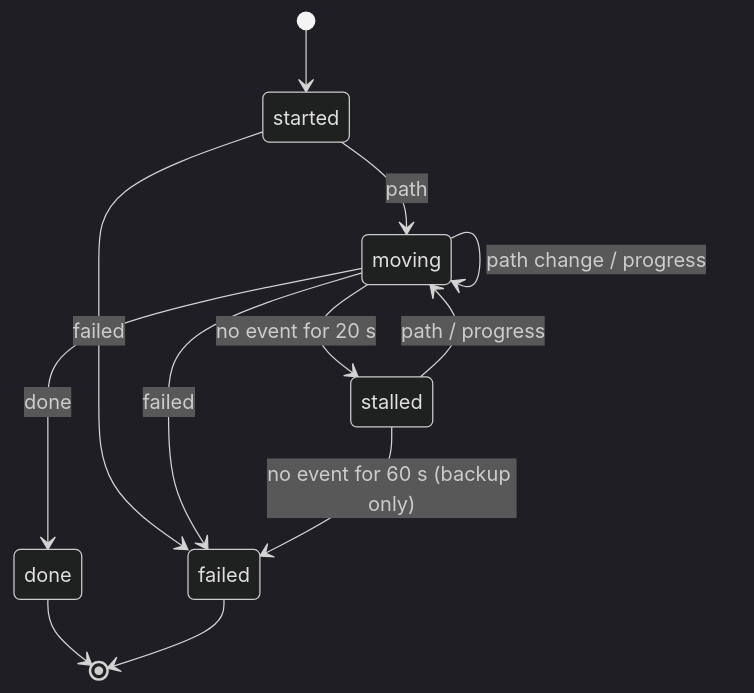
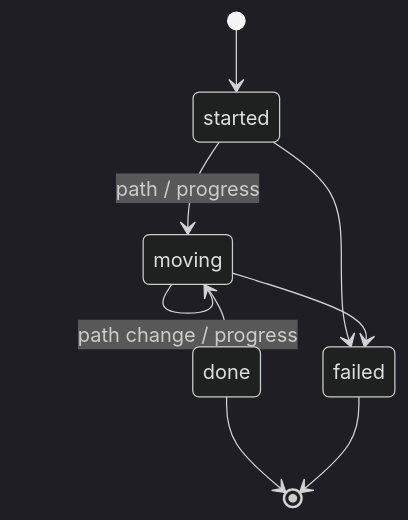
Before and after one commit to shobhit157/Aperture: the second of 2 diagrams in docs/future-plans/mesh-v2-transfer-events.md, drawn with Mermaid (dark theme). The commit also changed other lines of this file, not shown here.

````diff
--- a/docs/future-plans/mesh-v2-transfer-events.md
+++ b/docs/future-plans/mesh-v2-transfer-events.md
@@ -57,14 +79,11 @@
 ```mermaid
 stateDiagram-v2
   [*] --> started
-  started --> moving: path
+  started --> moving: path / progress
   moving --> moving: path change / progress
-  started --> failed: failed
-  moving --> done: done
-  moving --> failed: failed
-  moving --> stalled: no event for 20 s
-  stalled --> moving: path / progress
-  stalled --> failed: no event for 60 s (backup only)
+  started --> failed
+  moving --> done
+  moving --> failed
   done --> [*]
   failed --> [*]
 ```
````
